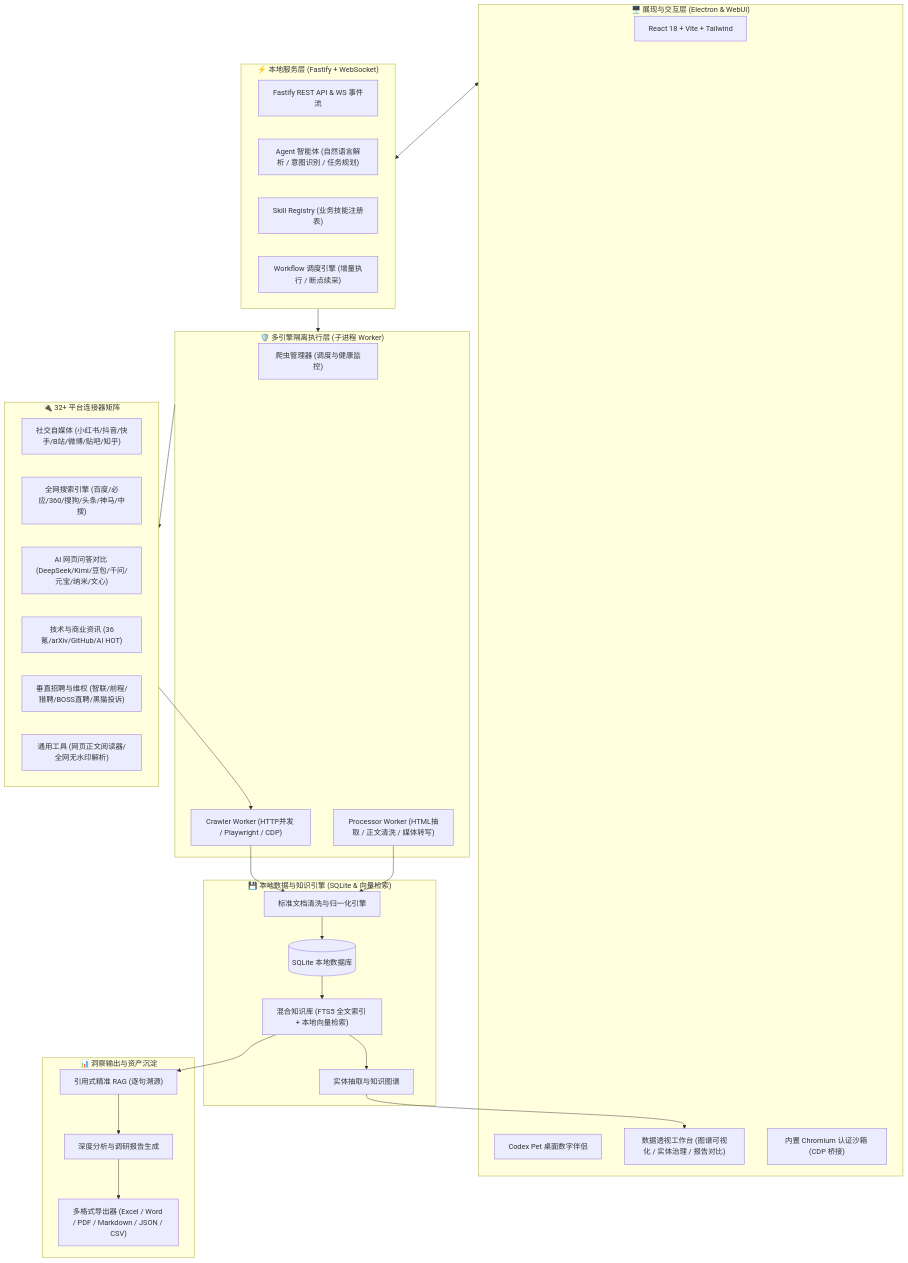
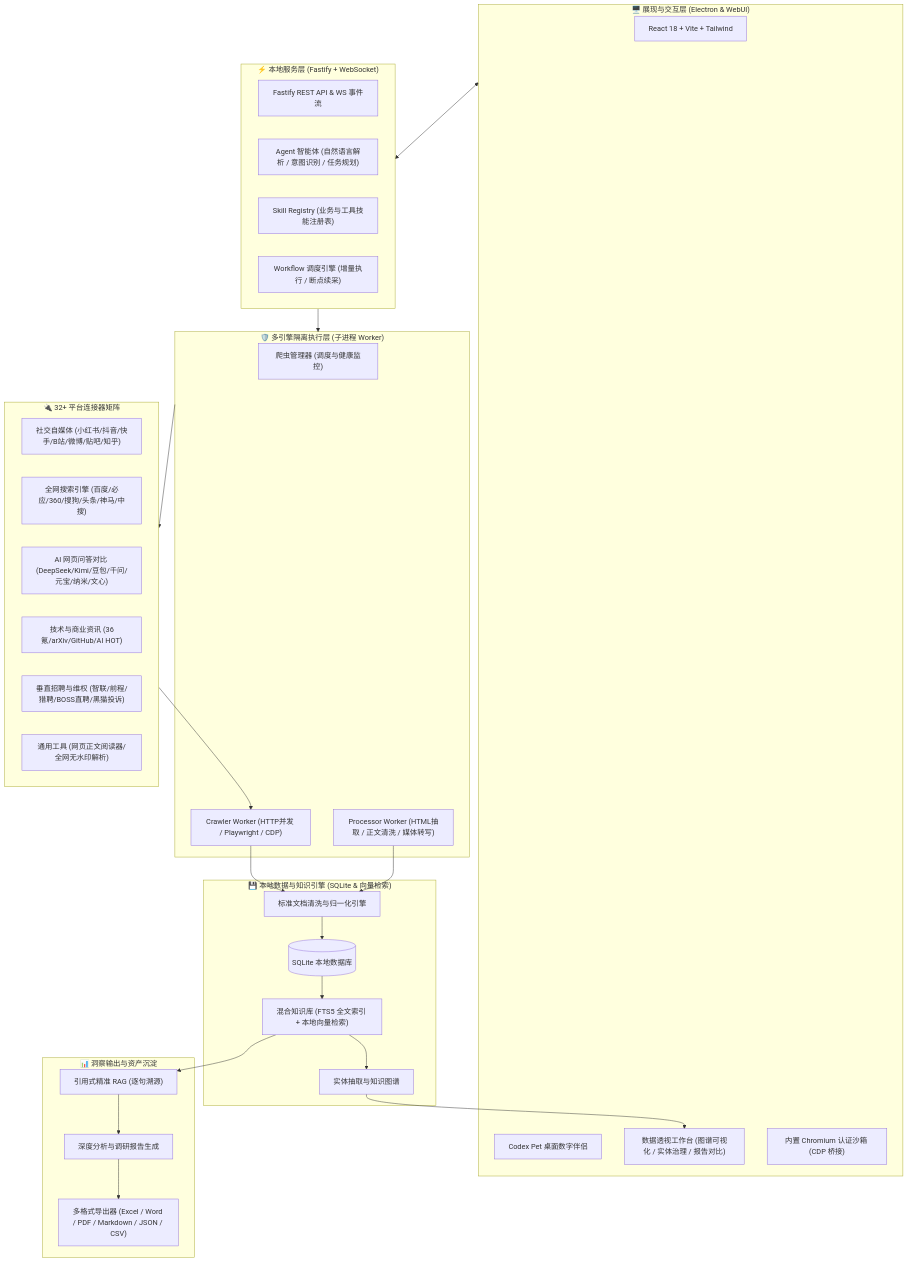
The diagram in README.md (ucmao/unisearch), drawn with Mermaid before and after one commit. The commit also changed other lines of this file and 10 other files, not shown here.

````diff
--- a/README.md
+++ b/README.md
@@ -42,58 +41,58 @@
 ```mermaid
 flowchart TB
     subgraph UI_Layer["🖥️ 展现与交互层 (Electron & WebUI)"]
         WebUI["React 18 + Vite + Tailwind"]
         Pet["Codex Pet 桌面数字伴侣"]
         Workbench["数据透视工作台 (图谱可视化 / 实体治理 / 报告对比)"]
         BrowserSession["内置 Chromium 认证沙箱 (CDP 桥接)"]
     end
 
     subgraph Server_Layer["⚡ 本地服务层 (Fastify + WebSocket)"]
         API["Fastify REST API & WS 事件流"]
         Agent["Agent 智能体 (自然语言解析 / 意图识别 / 任务规划)"]
-        SkillReg["Skill Registry (业务技能注册表)"]
+        SkillReg["Skill Registry (业务与工具技能注册表)"]
         WorkflowEng["Workflow 调度引擎 (增量执行 / 断点续采)"]
     end
 
     subgraph Runtime_Layer["🛡️ 多引擎隔离执行层 (子进程 Worker)"]
         CrawlerMgr["爬虫管理器 (调度与健康监控)"]
         CrawlerWorker["Crawler Worker (HTTP并发 / Playwright / CDP)"]
         ProcessorWorker["Processor Worker (HTML抽取 / 正文清洗 / 媒体转写)"]
     end
 
     subgraph Connectors_Layer["🔌 32+ 平台连接器矩阵"]
         SocialConn["社交自媒体 (小红书/抖音/快手/B站/微博/贴吧/知乎)"]
         SearchConn["全网搜索引擎 (百度/必应/360/搜狗/头条/神马/中搜)"]
         AIConn["AI 网页问答对比 (DeepSeek/Kimi/豆包/千问/元宝/纳米/文心)"]
         TechConn["技术与商业资讯 (36氪/arXiv/GitHub/AI HOT)"]
         JobConn["垂直招聘与维权 (智联/前程/猎聘/BOSS直聘/黑猫投诉)"]
         UtilConn["通用工具 (网页正文阅读器/全网无水印解析)"]
     end
 
     subgraph Storage_Layer["💾 本地数据与知识引擎 (SQLite & 向量检索)"]
         DocEngine["标准文档清洗与归一化引擎"]
         SQLiteDB[("SQLite 本地数据库")]
         Knowledge["混合知识库 (FTS5 全文索引 + 本地向量检索)"]
         EntityGraph["实体抽取与知识图谱"]
     end
 
     subgraph Output_Layer["📊 洞察输出与资产沉淀"]
         CitedRAG["引用式精准 RAG (逐句溯源)"]
         Analyzer["深度分析与调研报告生成"]
         Exporters["多格式导出器 (Excel / Word / PDF / Markdown / JSON / CSV)"]
     end
 
     UI_Layer <--> Server_Layer
     Server_Layer --> Runtime_Layer
     Runtime_Layer --> Connectors_Layer
     Connectors_Layer --> CrawlerWorker
     CrawlerWorker --> DocEngine
     ProcessorWorker --> DocEngine
     DocEngine --> SQLiteDB
     SQLiteDB --> Knowledge
     Knowledge --> EntityGraph
     EntityGraph --> Workbench
     Knowledge --> CitedRAG
     CitedRAG --> Analyzer
     Analyzer --> Exporters
 ```
````
